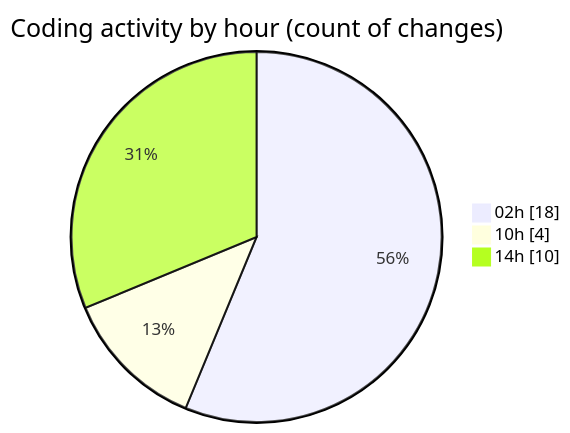
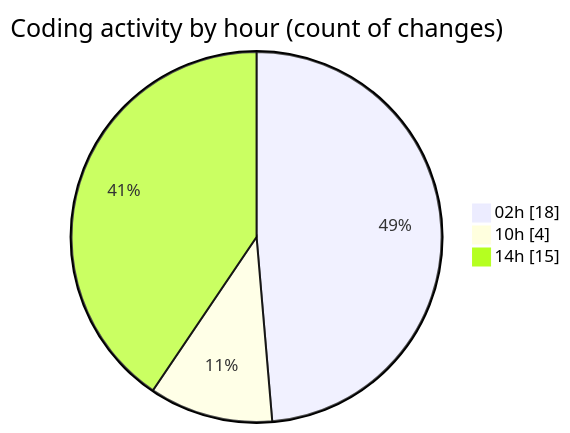
One commit to julien-gomy/code-tracking changed the second of 2 diagrams in 2025-10-15/eventscop-frontend-guide__workspace_/README.md. Above: the diagram before and after it, drawn with Mermaid. The commit also changed other lines of this file and 1 other file, not shown here.

````diff
--- a/2025-10-15/eventscop-frontend-guide__workspace_/README.md
+++ b/2025-10-15/eventscop-frontend-guide__workspace_/README.md
@@ -39,7 +40,7 @@
 ```mermaid
 pie showData
 title Coding activity by hour (count of changes)
 "02h" : 18
 "10h" : 4
-"14h" : 10
+"14h" : 15
 ```
````
